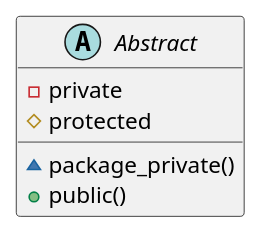
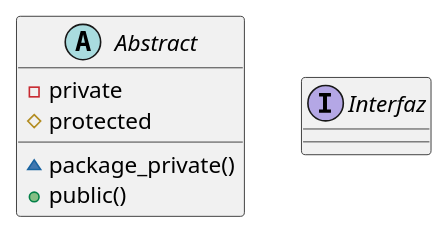
One commit to Espadv69/uml-begginer changed the diagram in uml/diagrama8.puml. Above: the diagram before and after it, drawn with PlantUML.

Commit message:
Update: new method ( interface ).

```diff
--- a/uml/diagrama8.puml
+++ b/uml/diagrama8.puml
@@ -1,12 +1,14 @@
 @startuml diagrama8
 
     abstract Abstract {
         -private
         #protected
         ~package_private()
         +public()
     }
 
-    
+    interface Interfaz {
+        
+    }
 
 @enduml
```
